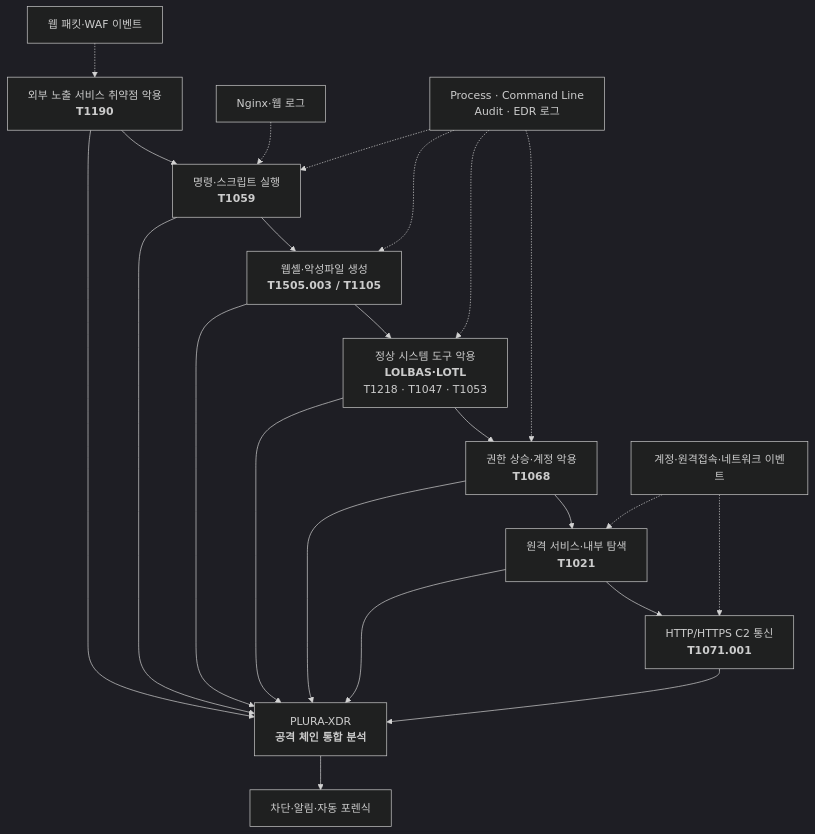
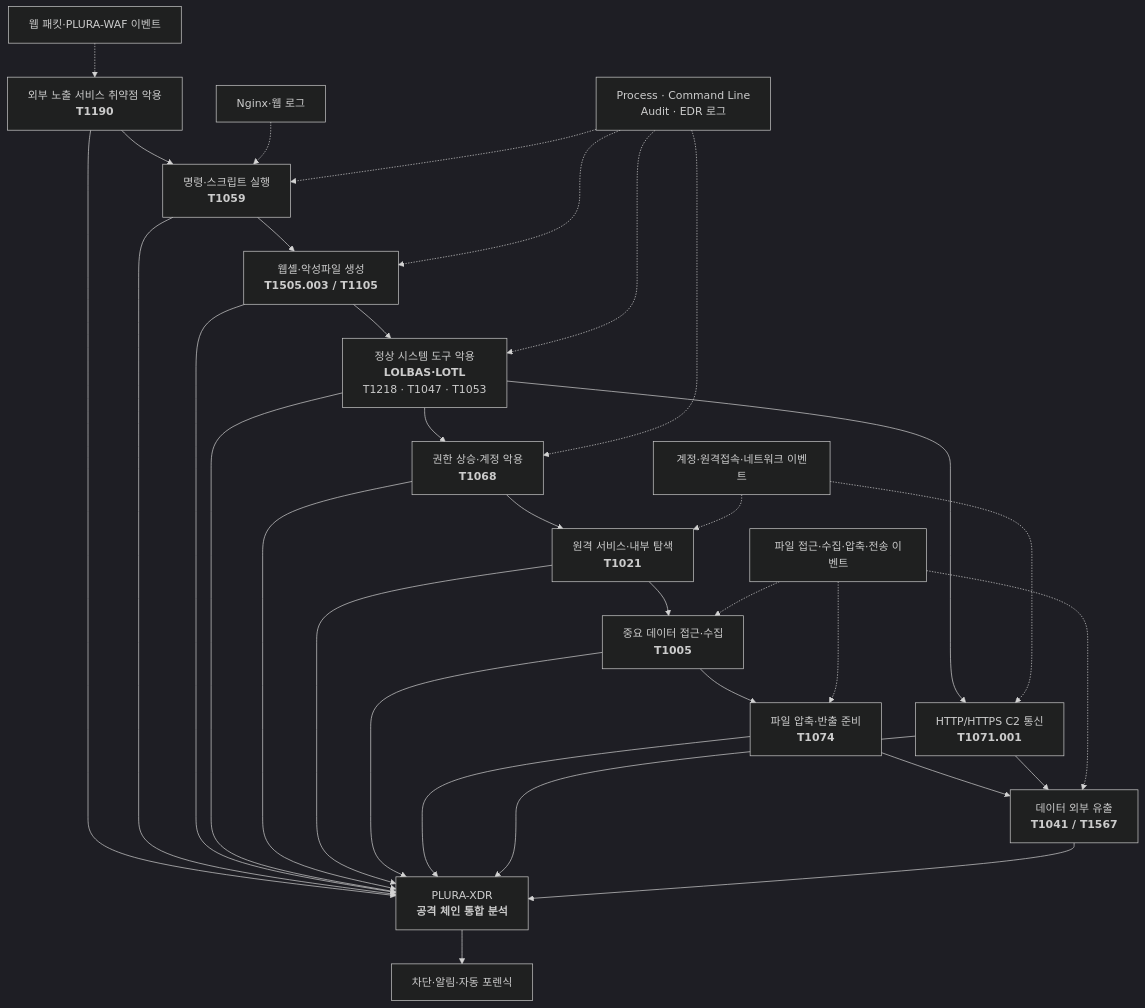
Before and after one commit to qubitsec/plura: the third of 5 diagrams in ko/proposal/lg/poc-full.md, drawn with Mermaid (dark theme). The commit also changed other lines of this file, not shown here.

````diff
--- a/ko/proposal/lg/poc-full.md
+++ b/ko/proposal/lg/poc-full.md
@@ -153,37 +173,49 @@
 ```mermaid
 flowchart TB
     T1190["외부 노출 서비스 취약점 악용<br/><b>T1190</b>"]
     EXEC["명령·스크립트 실행<br/><b>T1059</b>"]
     SHELL["웹셸·악성파일 생성<br/><b>T1505.003 / T1105</b>"]
     LOTL["정상 시스템 도구 악용<br/><b>LOLBAS·LOTL</b><br/>T1218 · T1047 · T1053"]
     PRIV["권한 상승·계정 악용<br/><b>T1068</b>"]
     MOVE["원격 서비스·내부 탐색<br/><b>T1021</b>"]
+    COLLECT["중요 데이터 접근·수집<br/><b>T1005</b>"]
+    STAGE["파일 압축·반출 준비<br/><b>T1074</b>"]
     C2["HTTP/HTTPS C2 통신<br/><b>T1071.001</b>"]
+    EXFIL["데이터 외부 유출<br/><b>T1041 / T1567</b>"]
 
-    P1["웹 패킷·WAF 이벤트"]
+    P1["웹 패킷·PLURA-WAF 이벤트"]
     P2["Nginx·웹 로그"]
     P3["Process · Command Line<br/>Audit · EDR 로그"]
     P4["계정·원격접속·네트워크 이벤트"]
+    P5["파일 접근·수집·압축·전송 이벤트"]
     XDR["PLURA-XDR<br/><b>공격 체인 통합 분석</b>"]
     RESP["차단·알림·자동 포렌식"]
 
-    T1190 --> EXEC --> SHELL --> LOTL --> PRIV --> MOVE --> C2
+    T1190 --> EXEC --> SHELL --> LOTL --> PRIV --> MOVE
+    MOVE --> COLLECT --> STAGE --> EXFIL
+    LOTL --> C2 --> EXFIL
 
     P1 -.-> T1190
     P2 -.-> EXEC
     P3 -.-> EXEC
     P3 -.-> SHELL
     P3 -.-> LOTL
     P3 -.-> PRIV
     P4 -.-> MOVE
     P4 -.-> C2
+    P5 -.-> COLLECT
+    P5 -.-> STAGE
+    P5 -.-> EXFIL
 
     T1190 --> XDR
     EXEC --> XDR
     SHELL --> XDR
     LOTL --> XDR
     PRIV --> XDR
     MOVE --> XDR
+    COLLECT --> XDR
+    STAGE --> XDR
     C2 --> XDR
+    EXFIL --> XDR
     XDR --> RESP
 ```
````
